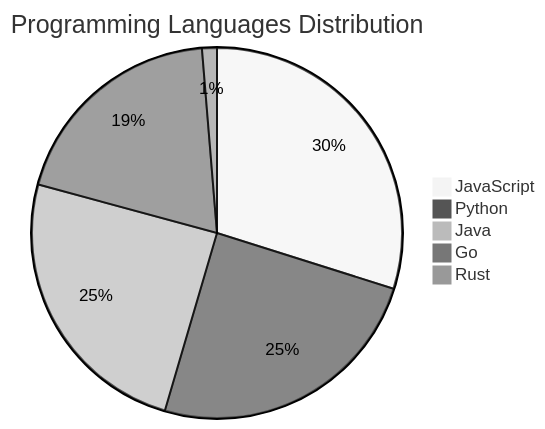
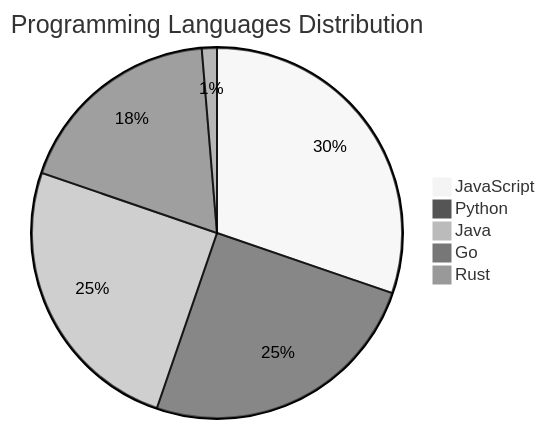
The diagram in README.md (Derrick-MUGISHA/github-activity-bot), drawn with Mermaid (neutral theme) before and after one commit. The commit also changed other lines of this file and 3 other files, not shown here.

````diff
--- a/README.md
+++ b/README.md
@@ -71,8 +71,8 @@
 ```mermaid
 pie title Programming Languages Distribution
     "JavaScript" : 23
     "Python" : 19
     "Java" : 19
-    "Go" : 15
+    "Go" : 14
     "Rust" : 1
 ```
````
